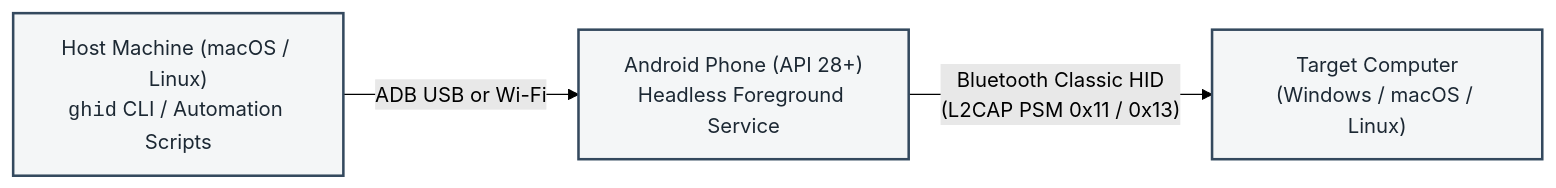
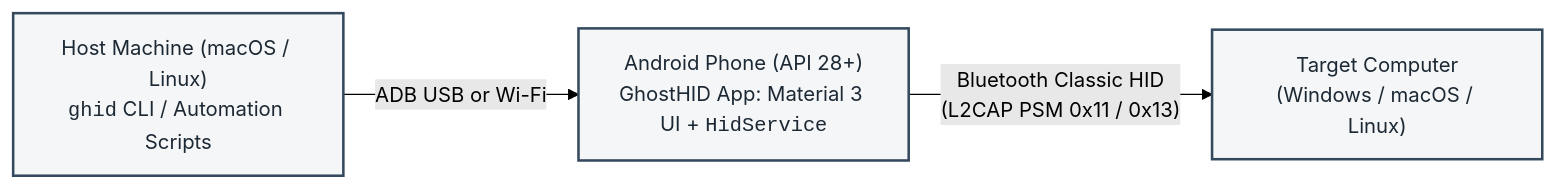
Before and after one commit to ShubhamJ010/ghid-cli: the diagram in README.md, drawn with Mermaid (forest theme). The commit also changed other lines of this file and 20 other files, not shown here.

First line of the commit message:
refactor: remove headless Android app, standardize on com.sj010.ghid release build

````diff
--- a/README.md
+++ b/README.md
@@ -9,8 +9,8 @@
 ```mermaid
 flowchart LR
-    Host["Host Machine (macOS / Linux)<br/><code>ghid</code> CLI / Automation Scripts"] -- ADB USB or Wi-Fi --> Phone["Android Phone (API 28+)<br/>Headless Foreground Service"]
+    Host["Host Machine (macOS / Linux)<br/><code>ghid</code> CLI / Automation Scripts"] -- ADB USB or Wi-Fi --> Phone["Android Phone (API 28+)<br/>GhostHID App: Material 3 UI + <code>HidService</code>"]
     Phone -- Bluetooth Classic HID<br/>(L2CAP PSM 0x11 / 0x13) --> Target["Target Computer<br/>(Windows / macOS / Linux)"]
 
     classDef node fill:#F4F6F7,stroke:#34495E,stroke-width:2px,color:#1C2833
     class Host,Phone,Target node
 ```
````
